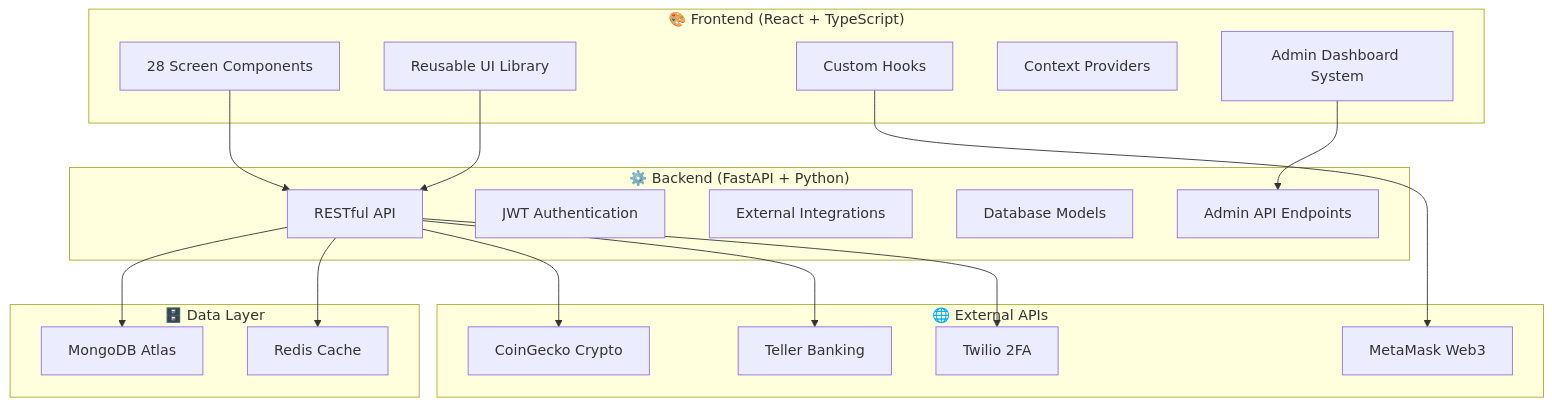
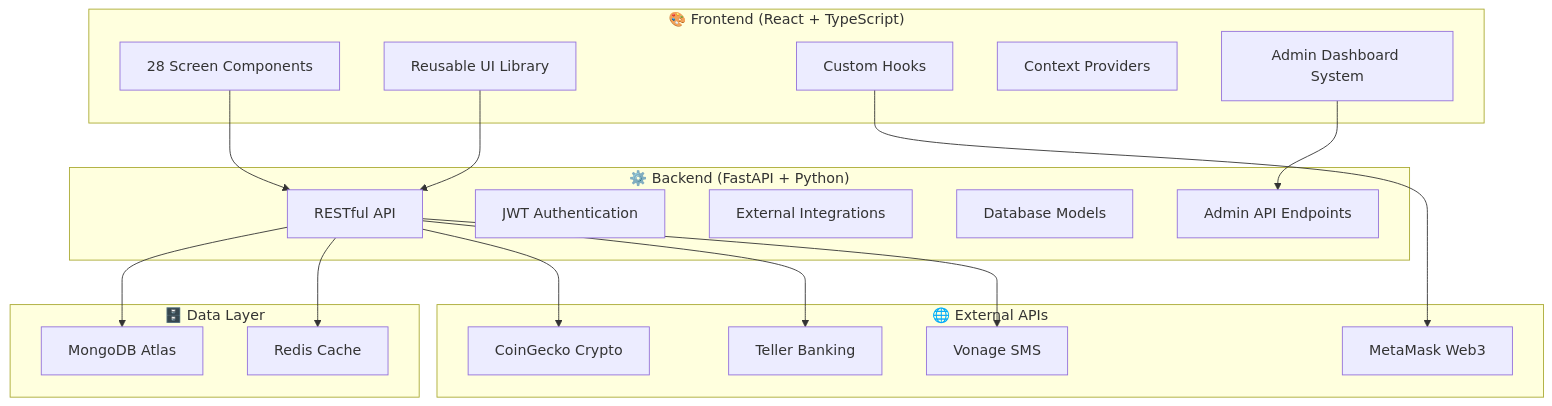
Before and after one commit to VonArtis/TG-Mini-App: the diagram in README_BACKUP.md, drawn with Mermaid.

Commit message:
auto-commit for 04526a21-4f61-488f-ad30-3ca002fcc728

````diff
--- a/README_BACKUP.md
+++ b/README_BACKUP.md
@@ -683,40 +683,40 @@
 ```mermaid
 graph TB
     subgraph Frontend["🎨 Frontend (React + TypeScript)"]
         A[28 Screen Components]
         B[Reusable UI Library] 
         C[Custom Hooks]
         D[Context Providers]
         E[Admin Dashboard System]
     end
     
     subgraph Backend["⚙️ Backend (FastAPI + Python)"]
         F[RESTful API]
         G[JWT Authentication]
         H[External Integrations]
         I[Database Models]
         J[Admin API Endpoints]
     end
     
     subgraph DataLayer["🗄️ Data Layer"]
         K[MongoDB Atlas]
         L[Redis Cache]
     end
     
     subgraph ExternalAPIs["🌐 External APIs"]
         M[CoinGecko Crypto]
         N[Teller Banking]
         O[MetaMask Web3]
-        P[Twilio 2FA]
+        P[Vonage SMS]
     end
     
     A --> F
     B --> F
     E --> J
     F --> K
     F --> L
     F --> M
     F --> N
     C --> O
     F --> P
 ```
````
